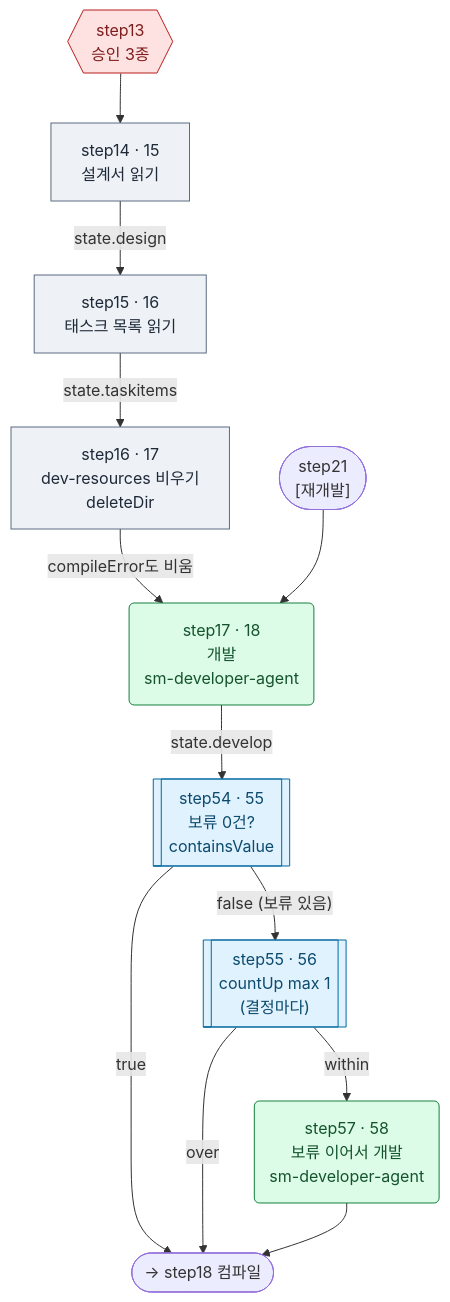
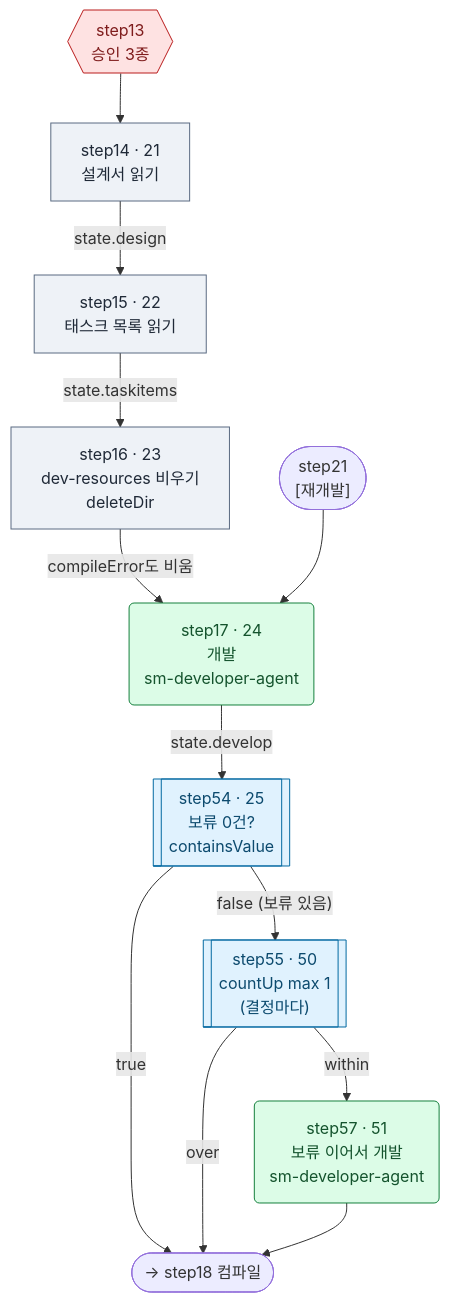
One commit to YongSoekChoeng/dstone changed diagram 11 of 24 in docs/09.dstone-ai-engine-sm-workflow.md. Above: the diagram before and after it, drawn with Mermaid. The commit also changed other lines of this file and 27 other files, not shown here.

````diff
--- a/docs/09.dstone-ai-engine-sm-workflow.md
+++ b/docs/09.dstone-ai-engine-sm-workflow.md
@@ -921,19 +912,19 @@
 ```mermaid
 flowchart TD
-    step13{{"step13<br/>승인 3종"}}:::appr --> step14["step14 · 15<br/>설계서 읽기"]:::tool
-    step14 -->|state.design| step15["step15 · 16<br/>태스크 목록 읽기"]:::tool
-    step15 -->|state.taskitems| step16["step16 · 17<br/>dev-resources 비우기<br/>deleteDir"]:::tool
-    step16 -->|"compileError도 비움"| step17("step17 · 18<br/>개발<br/>sm-developer-agent"):::agent
+    step13{{"step13<br/>승인 3종"}}:::appr --> step14["step14 · 21<br/>설계서 읽기"]:::tool
+    step14 -->|state.design| step15["step15 · 22<br/>태스크 목록 읽기"]:::tool
+    step15 -->|state.taskitems| step16["step16 · 23<br/>dev-resources 비우기<br/>deleteDir"]:::tool
+    step16 -->|"compileError도 비움"| step17("step17 · 24<br/>개발<br/>sm-developer-agent"):::agent
     RE(["step21<br/>[재개발]"]) --> step17
-    step17 -->|state.develop| step54[["step54 · 55<br/>보류 0건?<br/>containsValue"]]:::route
+    step17 -->|state.develop| step54[["step54 · 25<br/>보류 0건?<br/>containsValue"]]:::route
     step54 -->|"true"| step18(["→ step18 컴파일"])
-    step54 -->|"false (보류 있음)"| step55[["step55 · 56<br/>countUp max 1<br/>(결정마다)"]]:::route
-    step55 -->|within| step57("step57 · 58<br/>보류 이어서 개발<br/>sm-developer-agent"):::agent
+    step54 -->|"false (보류 있음)"| step55[["step55 · 50<br/>countUp max 1<br/>(결정마다)"]]:::route
+    step55 -->|within| step57("step57 · 51<br/>보류 이어서 개발<br/>sm-developer-agent"):::agent
     step55 -->|over| step18
     step57 --> step18
 
     classDef tool fill:#eef2f7,stroke:#5b6b82,color:#1f2937
     classDef route fill:#e0f2fe,stroke:#0369a1,color:#0c4a6e
     classDef agent fill:#dcfce7,stroke:#15803d,color:#14532d
     classDef appr fill:#fee2e2,stroke:#b91c1c,color:#7f1d1d
 ```
````
